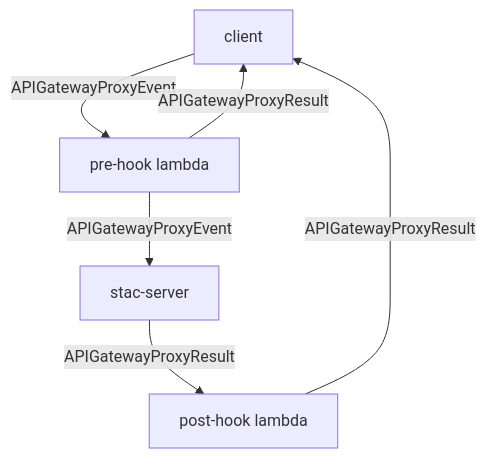
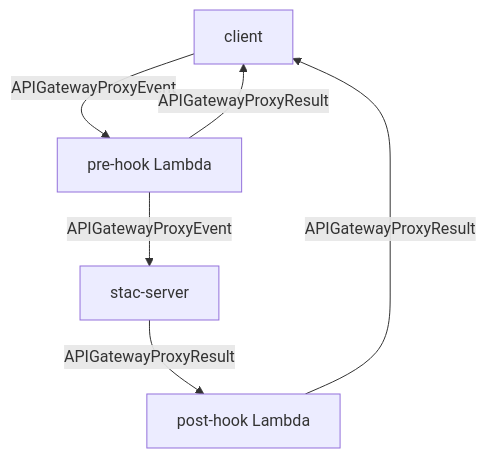
Before and after one commit to stac-utils/stac-server: the second of 2 diagrams in README.md, drawn with Mermaid. The commit also changed other lines of this file and 10 other files, not shown here.

Commit message:
add pre-hook and post-hook examples, upgrade serverless to 3.x, upgrade to Node 16 by default, change ES zone awareness default

````diff
--- a/README.md
+++ b/README.md
@@ -451,10 +487,10 @@
 ```mermaid
 flowchart
   client -- APIGatewayProxyEvent --> pre-hook
-  pre-hook[pre-hook lambda]
+  pre-hook[pre-hook Lambda]
   pre-hook -- APIGatewayProxyResult --> client
   pre-hook -- APIGatewayProxyEvent --> stac-server
-  post-hook[post-hook lambda]
+  post-hook[post-hook Lambda]
   stac-server -- APIGatewayProxyResult --> post-hook
   post-hook -- APIGatewayProxyResult --> client
 ```
````
